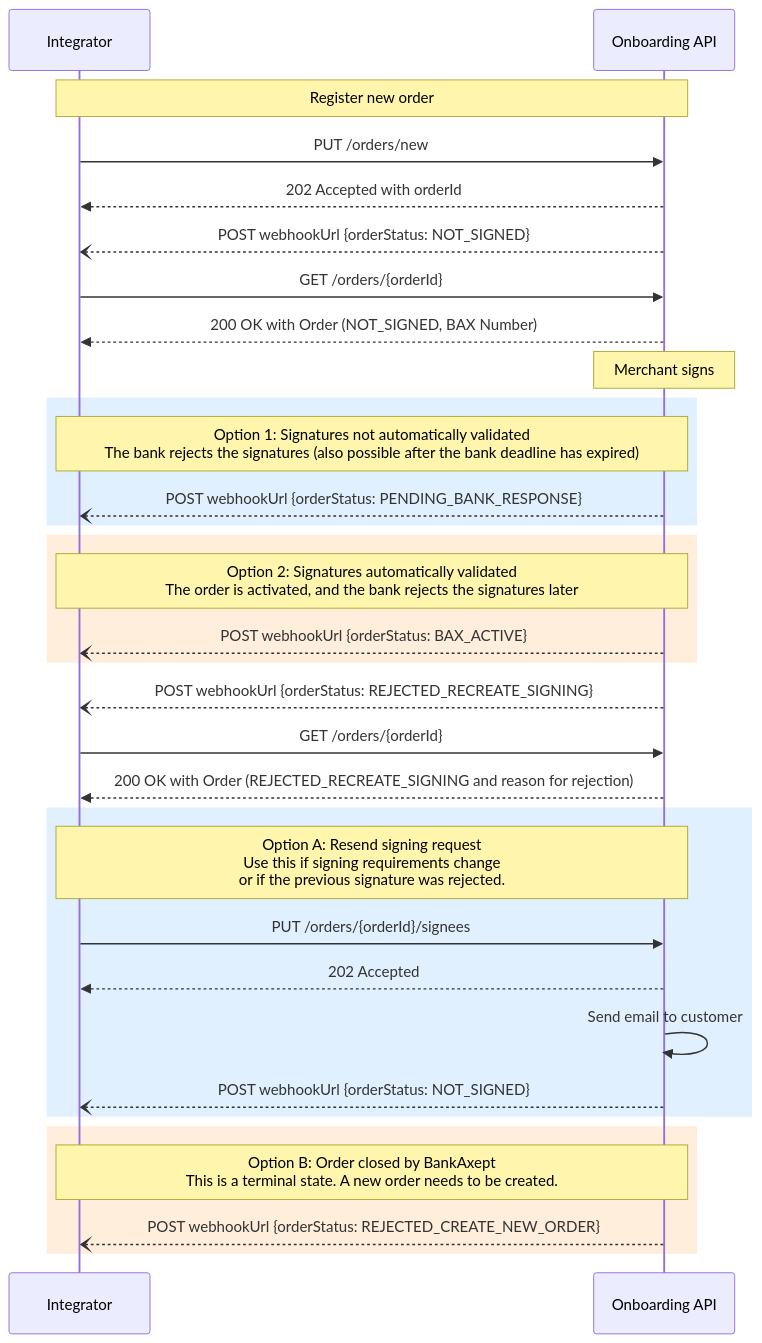
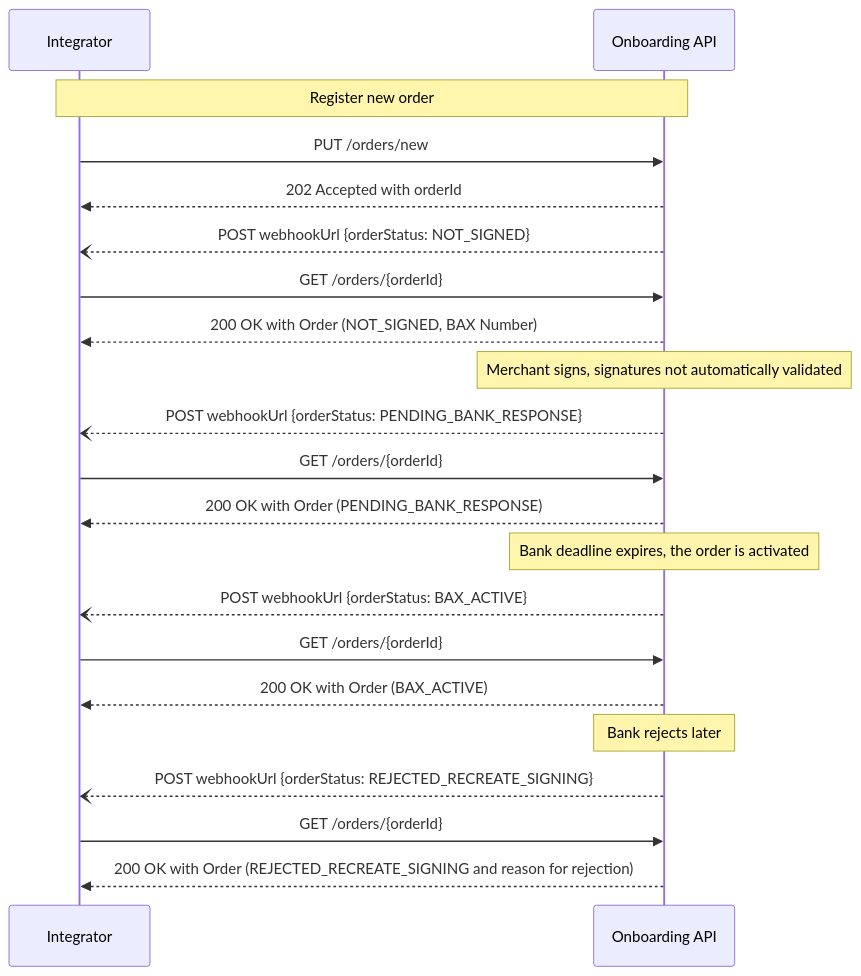
The sixth of 9 diagrams in docs/prod_flows.md (BankAxept/bankaxept-onboarding-external-documentation), drawn with Mermaid before and after one commit. The commit also changed other lines of this file and 1 other file, not shown here.

````diff
--- a/docs/prod_flows.md
+++ b/docs/prod_flows.md
@@ -95,38 +153,28 @@
-```mermaid
-sequenceDiagram
-participant I as Integrator
-participant O as Onboarding API
+    ```mermaid
+    sequenceDiagram
+    participant I as Integrator
+    participant O as Onboarding API
 
-note over I, O: Register new order
-I ->> O: PUT /orders/new
-O -->> I: 202 Accepted with orderId
+    note over I, O: Register new order
+    I ->> O: PUT /orders/new
+    O -->> I: 202 Accepted with orderId
 
-O --) I: POST webhookUrl {orderStatus: NOT_SIGNED}
-I ->> O : GET /orders/{orderId}
-O -->> I: 200 OK with Order (NOT_SIGNED, BAX Number)
+    O --) I: POST webhookUrl {orderStatus: NOT_SIGNED}
+    I ->> O : GET /orders/{orderId}
+    O -->> I: 200 OK with Order (NOT_SIGNED, BAX Number)
 
-note over O: Merchant signs
-rect rgb(225, 240, 255)
-note over I, O: Option 1: Signatures not automatically validated <br/> The bank rejects the signatures (also possible after the bank deadline has expired)
-O --) I: POST webhookUrl {orderStatus: PENDING_BANK_RESPONSE}
-end
-rect rgb(255, 238, 220)
-note over I, O: Option 2: Signatures automatically validated <br/> The order is activated, and the bank rejects the signatures later
-O --) I: POST webhookUrl {orderStatus: BAX_ACTIVE}
-end
-O --) I: POST webhookUrl {orderStatus: REJECTED_RECREATE_SIGNING}
-I ->> O : GET /orders/{orderId}
-O -->> I: 200 OK with Order (REJECTED_RECREATE_SIGNING and reason for rejection)
+    note over O: Merchant signs, signatures not automatically validated
+    O --) I: POST webhookUrl {orderStatus: PENDING_BANK_RESPONSE}
+    I ->> O : GET /orders/{orderId}
+    O -->> I: 200 OK with Order (PENDING_BANK_RESPONSE)
 
-rect rgb(225, 240, 255)
-note over I, O: Option A: Resend signing request <br/> Use this if signing requirements change <br/> or if the previous signature was rejected.
-I ->> O: PUT /orders/{orderId}/signees
-O -->> I: 202 Accepted
-O ->> O: Send email to customer
-O --) I: POST webhookUrl {orderStatus: NOT_SIGNED}
-end
-rect rgb(255, 238, 220)
-note over I, O: Option B: Order closed by BankAxept <br/> This is a terminal state. A new order needs to be created.
-O --) I: POST webhookUrl {orderStatus: REJECTED_CREATE_NEW_ORDER}
-end
-```
+    note over O: Bank deadline expires, the order is activated
+    O --) I: POST webhookUrl {orderStatus: BAX_ACTIVE}
+    I ->> O : GET /orders/{orderId}
+    O -->> I: 200 OK with Order (BAX_ACTIVE)
+
+    note over O: Bank rejects later
+    O --) I: POST webhookUrl {orderStatus: REJECTED_RECREATE_SIGNING}
+    I ->> O : GET /orders/{orderId}
+    O -->> I: 200 OK with Order (REJECTED_RECREATE_SIGNING and reason for rejection)
+    ```
````
